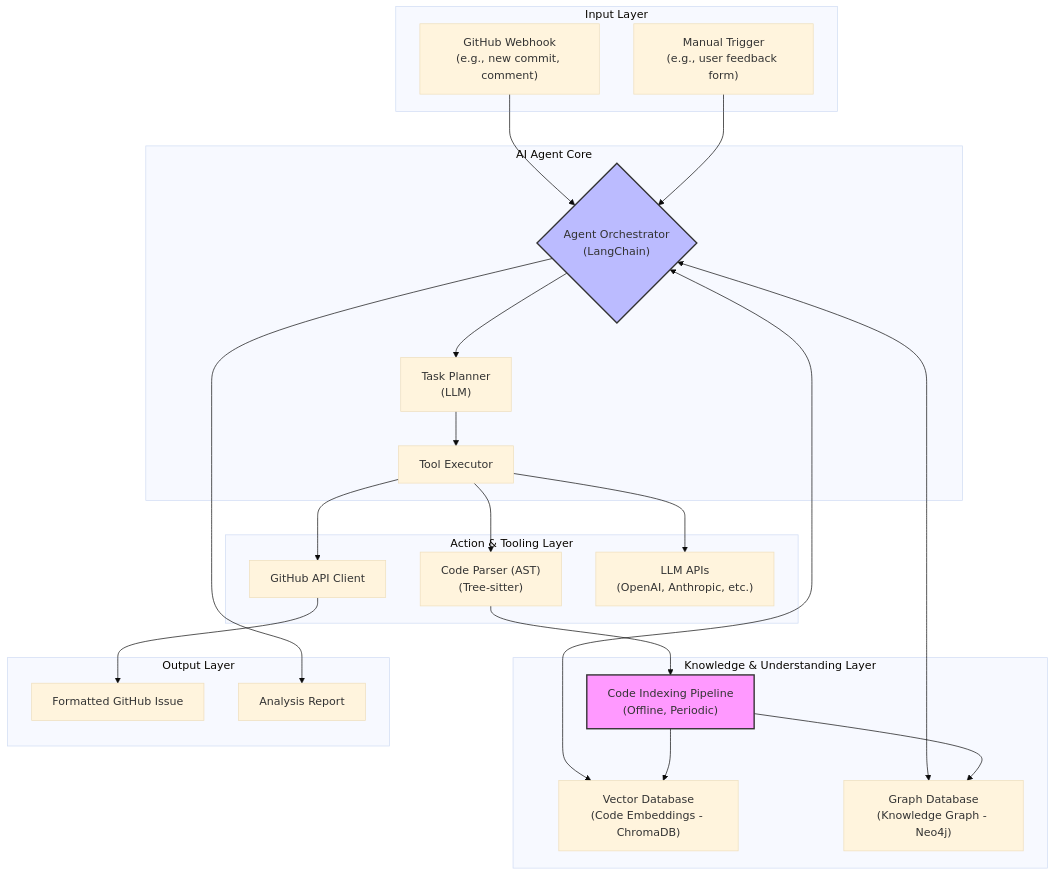
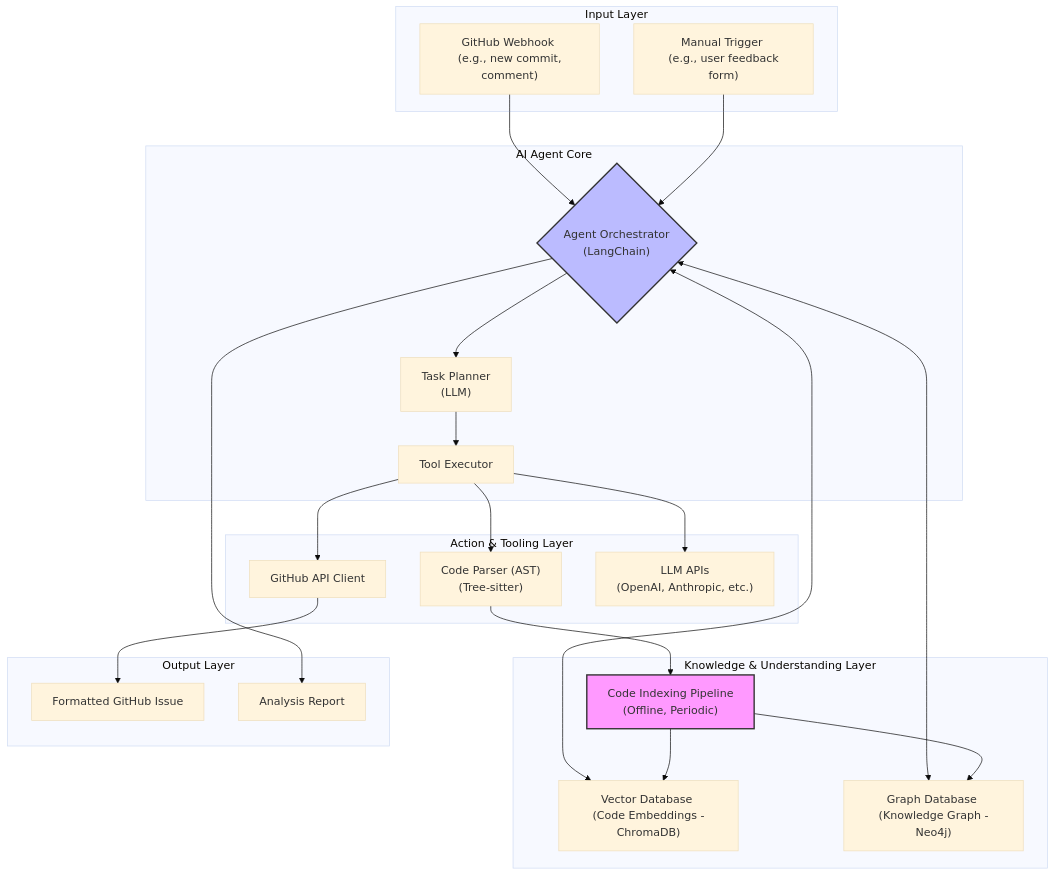
Before and after one commit to hao0608/Codex-Scribe: the diagram in docs/architecture/system-overview.md, drawn with Mermaid (base theme). The commit also changed 4 other files, not shown here.

Commit message:
fix(docs): update diagrams for better readability and consistency

````diff
--- a/docs/architecture/system-overview.md
+++ b/docs/architecture/system-overview.md
@@ -18,50 +18,50 @@
 ```mermaid
 graph TD
     subgraph Input Layer
-        A["GitHub Webhook\n(e.g., new commit, comment)"]
-        B["Manual Trigger\n(e.g., user feedback form)"]
+        A["GitHub Webhook <br> (e.g., new commit, comment)"]
+        B["Manual Trigger <br> (e.g., user feedback form)"]
     end
 
     subgraph AI Agent Core
-        C{"Agent Orchestrator\n(LangChain)"}
-        D["Task Planner\n(LLM)"]
+        C{"Agent Orchestrator <br> (LangChain)"}
+        D["Task Planner <br> (LLM)"]
         E[Tool Executor]
     end
 
     subgraph Knowledge & Understanding Layer
-        F["Vector Database\n(Code Embeddings - ChromaDB)"]
-        G["Graph Database\n(Knowledge Graph - Neo4j)"]
-        H["Code Indexing Pipeline\n(Offline, Periodic)"]
+        F["Vector Database <br> (Code Embeddings - ChromaDB)"]
+        G["Graph Database <br> (Knowledge Graph - Neo4j)"]
+        H["Code Indexing Pipeline <br> (Offline, Periodic)"]
     end
 
     subgraph Action & Tooling Layer
         I[GitHub API Client]
-        J["Code Parser (AST)\n(Tree-sitter)"]
-        K["LLM APIs\n(OpenAI, Anthropic, etc.)"]
+        J["Code Parser (AST) <br> (Tree-sitter)"]
+        K["LLM APIs <br> (OpenAI, Anthropic, etc.)"]
     end
 
     subgraph Output Layer
         L[Formatted GitHub Issue]
         M[Analysis Report]
     end
 
     A --> C
     B --> C
     C --> D
     D --> E
     E --> I
     E --> J
     E --> K
     C <--> F
     C <--> G
 
     H --> F
     H --> G
     J --> H
 
     I --> L
     C --> M
 
     style H fill:#f9f,stroke:#333,stroke-width:2px
     style C fill:#bbf,stroke:#333,stroke-width:2px
 ```
````
